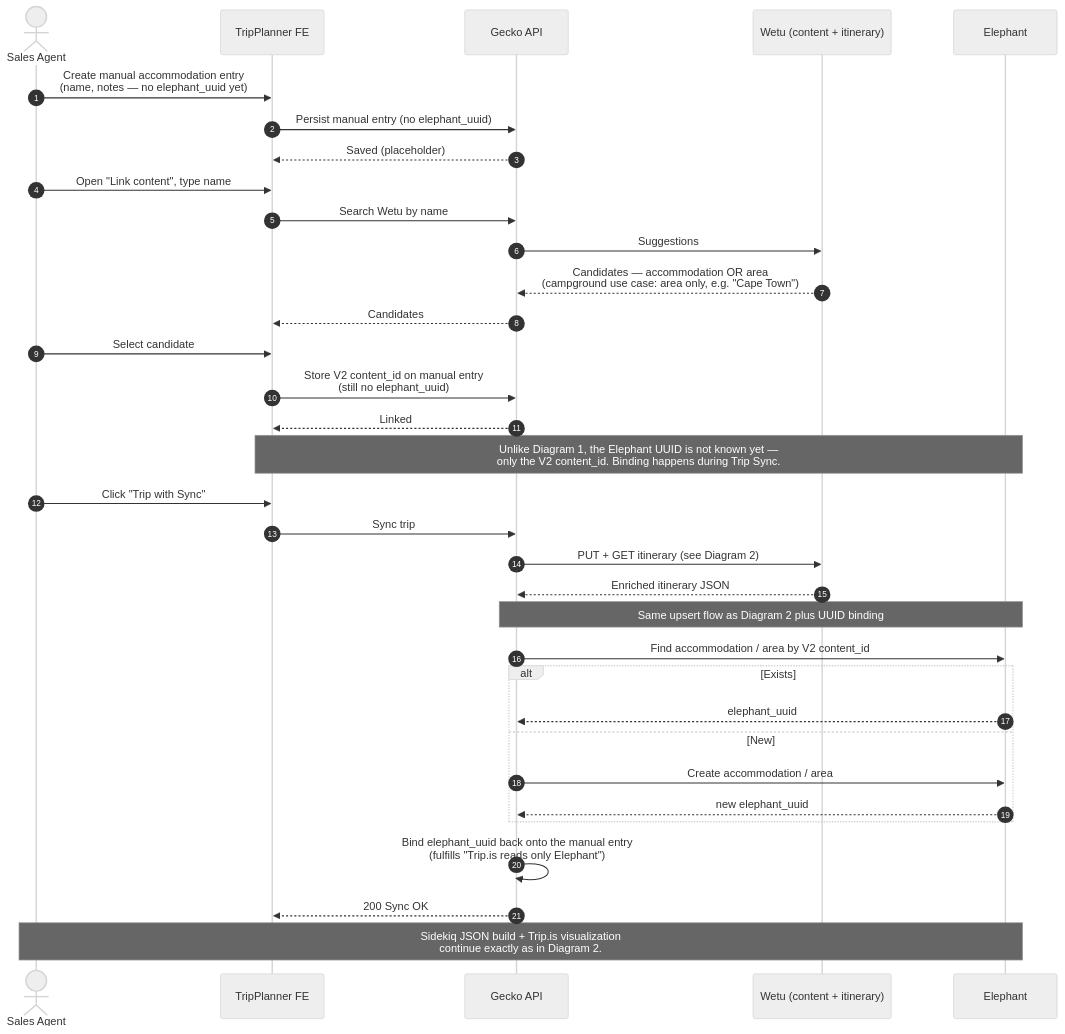
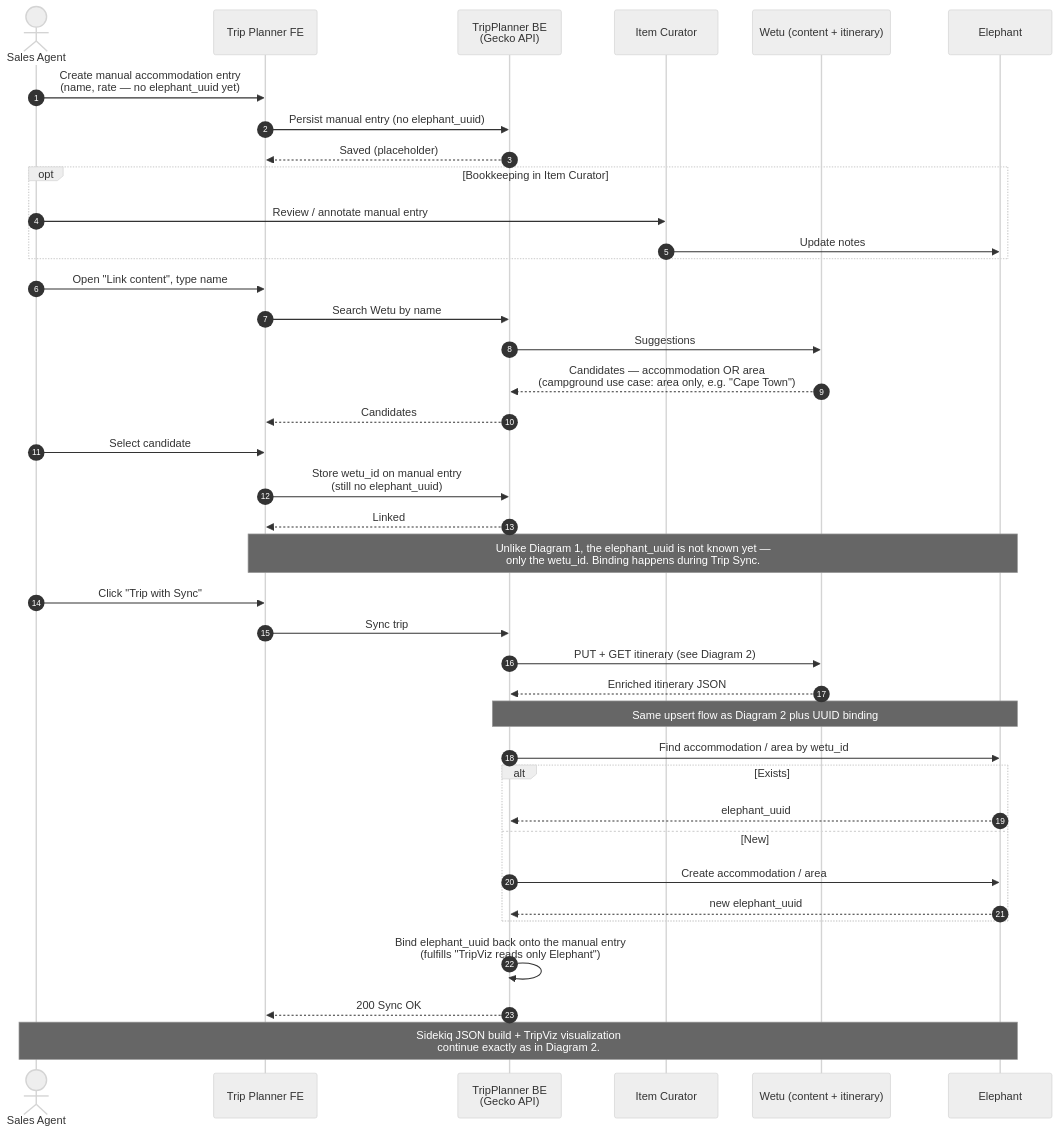
One commit to kliuchnikau-tourlane/ClaudeCowork changed the third of 4 diagrams in OUTPUTS/2026-04-24_TripPlannerWetu-sequence-diagrams/TripPlannerWetu_Documentation.md. Above: the diagram before and after it, drawn with Mermaid (neutral theme). The commit also changed other lines of this file, not shown here.

First line of the commit message:
Refine TripPlanner<>Wetu diagrams against Miro sketch

````diff
--- a/OUTPUTS/2026-04-24_TripPlannerWetu-sequence-diagrams/TripPlannerWetu_Documentation.md
+++ b/OUTPUTS/2026-04-24_TripPlannerWetu-sequence-diagrams/TripPlannerWetu_Documentation.md
@@ -129,43 +143,49 @@
 ```mermaid
 sequenceDiagram
     autonumber
     actor Agent as Sales Agent
-    participant TP as TripPlanner FE
-    participant Gecko as Gecko API
+    participant TP as Trip Planner FE
+    participant BE as TripPlanner BE<br/>(Gecko API)
+    participant IC as Item Curator
     participant Wetu as Wetu (content + itinerary)
     participant Eleph as Elephant
 
-    Agent->>TP: Create manual accommodation entry<br/>(name, notes — no elephant_uuid yet)
-    TP->>Gecko: Persist manual entry (no elephant_uuid)
-    Gecko-->>TP: Saved (placeholder)
+    Agent->>TP: Create manual accommodation entry<br/>(name, rate — no elephant_uuid yet)
+    TP->>BE: Persist manual entry (no elephant_uuid)
+    BE-->>TP: Saved (placeholder)
+
+    opt Bookkeeping in Item Curator
+        Agent->>IC: Review / annotate manual entry
+        IC->>Eleph: Update notes
+    end
 
     Agent->>TP: Open "Link content", type name
-    TP->>Gecko: Search Wetu by name
-    Gecko->>Wetu: Suggestions
-    Wetu-->>Gecko: Candidates — accommodation OR area<br/>(campground use case: area only, e.g. "Cape Town")
-    Gecko-->>TP: Candidates
+    TP->>BE: Search Wetu by name
+    BE->>Wetu: Suggestions
+    Wetu-->>BE: Candidates — accommodation OR area<br/>(campground use case: area only, e.g. "Cape Town")
+    BE-->>TP: Candidates
 
     Agent->>TP: Select candidate
-    TP->>Gecko: Store V2 content_id on manual entry<br/>(still no elephant_uuid)
-    Gecko-->>TP: Linked
+    TP->>BE: Store wetu_id on manual entry<br/>(still no elephant_uuid)
+    BE-->>TP: Linked
 
-    Note over TP,Eleph: Unlike Diagram 1, the Elephant UUID is not known yet —<br/>only the V2 content_id. Binding happens during Trip Sync.
+    Note over TP,Eleph: Unlike Diagram 1, the elephant_uuid is not known yet —<br/>only the wetu_id. Binding happens during Trip Sync.
 
     Agent->>TP: Click "Trip with Sync"
-    TP->>Gecko: Sync trip
-    Gecko->>Wetu: PUT + GET itinerary (see Diagram 2)
-    Wetu-->>Gecko: Enriched itinerary JSON
+    TP->>BE: Sync trip
+    BE->>Wetu: PUT + GET itinerary (see Diagram 2)
+    Wetu-->>BE: Enriched itinerary JSON
 
-    Note over Gecko,Eleph: Same upsert flow as Diagram 2 plus UUID binding
-    Gecko->>Eleph: Find accommodation / area by V2 content_id
+    Note over BE,Eleph: Same upsert flow as Diagram 2 plus UUID binding
+    BE->>Eleph: Find accommodation / area by wetu_id
     alt Exists
-        Eleph-->>Gecko: elephant_uuid
+        Eleph-->>BE: elephant_uuid
     else New
-        Gecko->>Eleph: Create accommodation / area
-        Eleph-->>Gecko: new elephant_uuid
+        BE->>Eleph: Create accommodation / area
+        Eleph-->>BE: new elephant_uuid
     end
-    Gecko->>Gecko: Bind elephant_uuid back onto the manual entry<br/>(fulfills "Trip.is reads only Elephant")
-    Gecko-->>TP: 200 Sync OK
+    BE->>BE: Bind elephant_uuid back onto the manual entry<br/>(fulfills "TripViz reads only Elephant")
+    BE-->>TP: 200 Sync OK
 
-    Note over Agent,Eleph: Sidekiq JSON build + Trip.is visualization<br/>continue exactly as in Diagram 2.
+    Note over Agent,Eleph: Sidekiq JSON build + TripViz visualization<br/>continue exactly as in Diagram 2.
 ```
````
